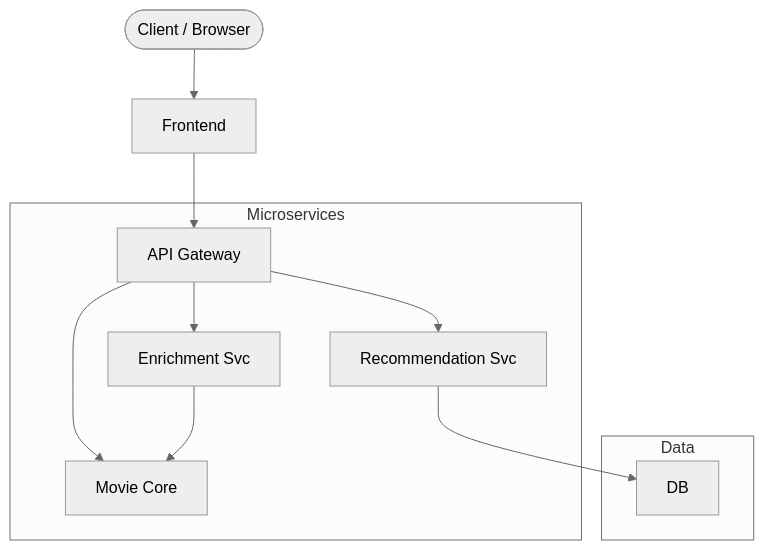
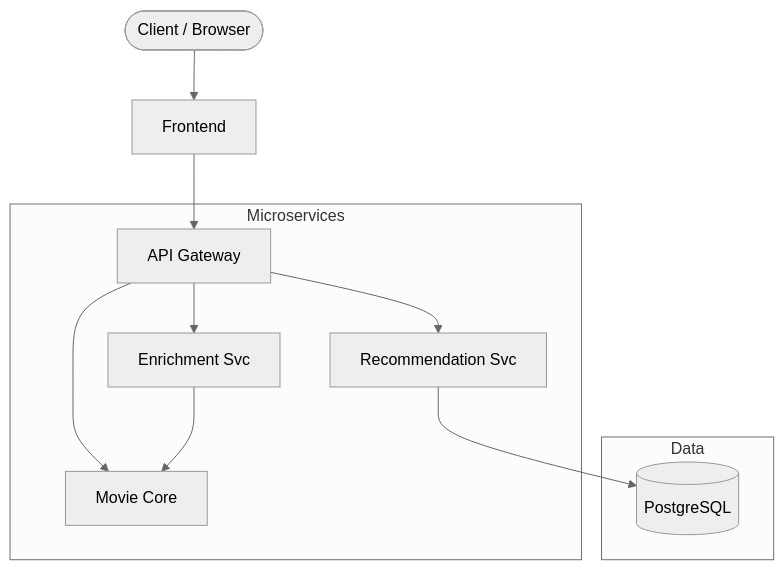
One commit to MaiDormo/movie-match changed the diagram in README.md. Above: the diagram before and after it, drawn with Mermaid (neutral theme).

Commit message:
fixed graph README.md

````diff
--- a/README.md
+++ b/README.md
@@ -7,16 +7,16 @@
 ```mermaid
 graph TD
     Client([Client / Browser]) --> Frontend
     Frontend --> Gateway[API Gateway]
     
     subgraph Microservices
         Gateway --> Core[Movie Core]
         Gateway --> Rec[Recommendation Svc]
         Gateway --> Enrich[Enrichment Svc]
     end
     
     subgraph Data
-        Rec --> DB
+        Rec --> DB[(PostgreSQL)]
         Enrich --> Core
     end
 ```
````
